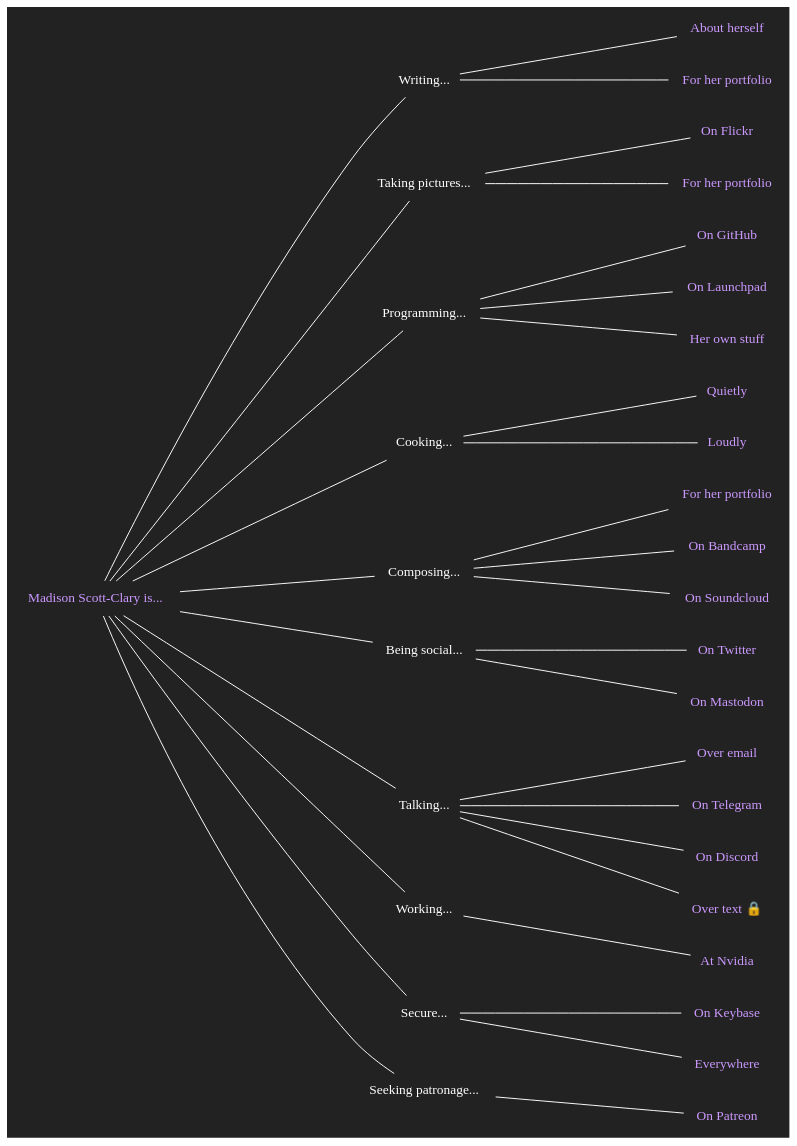
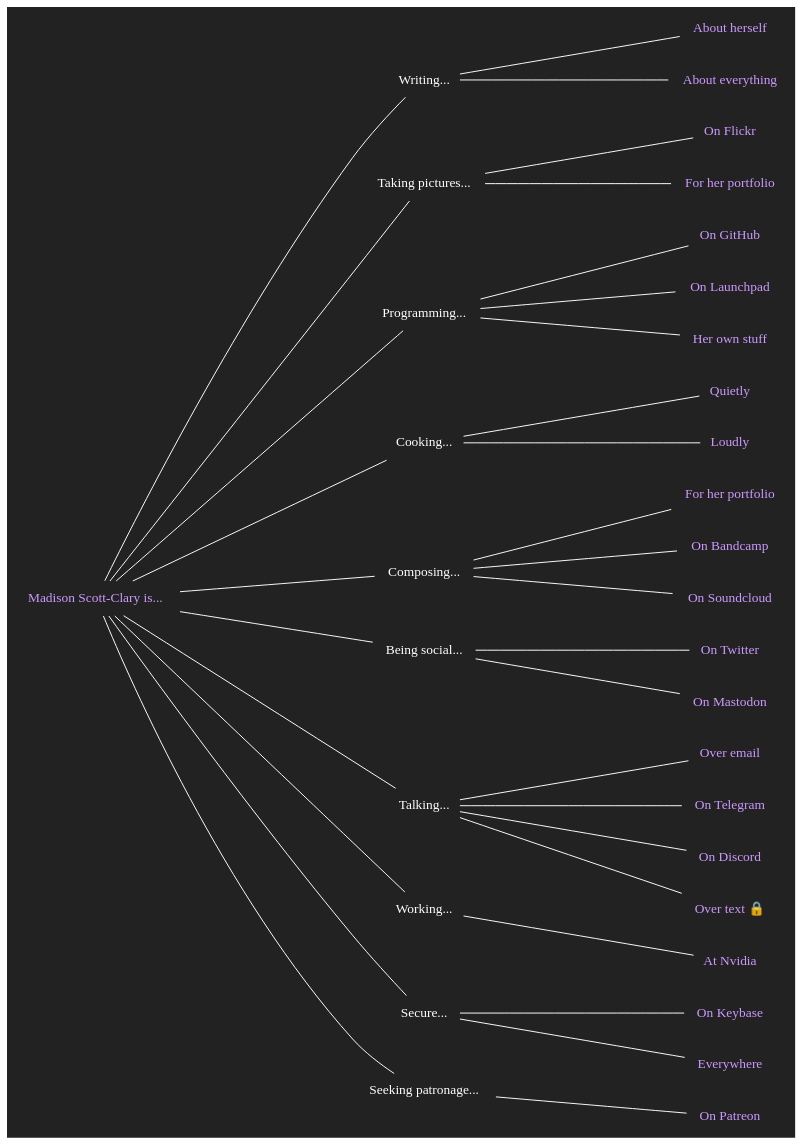
Before and after one commit to makyo/makyo.is: the diagram in is.dot, drawn with Graphviz. The commit also changed 4 other files, not shown here.

```diff
--- a/is.dot
+++ b/is.dot
@@ -1,63 +1,63 @@
 graph is {
     node[shape="none",fontcolor="#ffffff",color="#ffffff",fontname="Helvetica bold"]
     edge[color="#ffffff"]
     graph[bgcolor="#222222",label="",margin="0",rankdir="LR",ranksep=2.5]
 
     copula [label="Madison Scott-Clary is...",fontcolor="#cc99ff",href="https://drab-makyo.com?pk_campaign=source&pk_kwd=makyo.is"]
 
     writing [label="Writing..."]
     /* writing_anything [label="Anything",fontcolor="#cc99ff",href="https://writing.drab-makyo.com?pk_campaign=source&pk_kwd=makyo.is"] */
     writing_ally [label="About herself",fontcolor="#cc99ff",href="https://ally.id?pk_campaign=source&pk_kwd=makyo.is"]
-    writing_portfolio [label="For her portfolio",fontcolor="#cc99ff",href="https://makyo.ink?pk_campaign=source&pk_kwd=makyo.is"]
+    writing_portfolio [label="About everything",fontcolor="#cc99ff",href="https://makyo.ink?pk_campaign=source&pk_kwd=makyo.is"]
     copula -- writing -- { /* writing_anything, */ writing_ally, writing_portfolio }
 
     photography [label="Taking pictures..."]
     photography_flickr [label="On Flickr",fontcolor="#cc99ff",href="https://flickr.com/photos/ranna"]
     photography_portfolio [label="For her portfolio",fontcolor="#cc99ff",href="https://makyo.photography"]
     copula -- photography -- { photography_flickr, photography_portfolio }
 
     programming [label="Programming..."]
     programming_github [label="On GitHub",fontcolor="#cc99ff",href="https://github.com/makyo"]
     programming_launchpad [label="On Launchpad",fontcolor="#cc99ff",href="https://launchpad.net/~makyo"]
     programming_personal [label="Her own stuff",fontcolor="#cc99ff",href="https://makyo.dev"]
     copula -- programming -- { programming_github, programming_launchpad, programming_personal }
 
     cooking [label="Cooking..."]
     cooking_quietly [label="Quietly",fontcolor="#cc99ff",href="https://makyo.cooking?pk_campaign=source&pk_kwd=makyo.is"]
     cooking_loudly [label="Loudly",fontcolor="#cc99ff",href="https://mealtime.with.maddypa.ws?pk_campaign=source&pk_kwd=makyo.is"]
     copula -- cooking -- { cooking_quietly, cooking_loudly }
 
     composing [label="Composing..."]
     composing_portfolio [label="For her portfolio",fontcolor="#cc99ff",href="https://sounds.drab-makyo.com?pk_campaign=source&pk_kwd=makyo.is"]
     composing_bandcamp [label="On Bandcamp",fontcolor="#cc99ff",href="https://drab-makyo.bandcamp.com"]
     composing_soundcloud [label="On Soundcloud",fontcolor="#cc99ff",href="https://soundcloud.com/drabmakyo"]
     copula -- composing -- { composing_portfolio, composing_bandcamp, composing_soundcloud }
 
     social [label="Being social..."]
     social_twitter [label="On Twitter",fontcolor="#cc99ff",href="https://twitter.com/makyo_writes"]
     social_mastodon [label="On Mastodon",fontcolor="#cc99ff",href="https://maddypa.ws/@makyo"]
     copula -- social -- { social_twitter, social_mastodon }
 
     talking [label="Talking..."]
     talking_email [label="Over email",fontcolor="#cc99ff",href="mailto:makyo@drab-makyo.com"]
     talking_telegram [label="On Telegram",fontcolor="#cc99ff",href="https://t.me/DrabMakyo"]
     talking_discord [label="On Discord",fontcolor="#cc99ff",href="/discord",title="Makyo#7093"]
     /*talking_matrix [label="On Matrix",fontcolor="#cc99ff",href="https://matrix.to/#/@makyo:drab-makyo.com"]
     talking_wire [label="On Wire",fontcolor="#cc99ff",href="/wire",title="@makyo"]*/
     talking_phone [label="Over text 🔒 ",fontcolor="#cc99ff",href="tel:3038185943"]
     copula -- talking -- { talking_email, talking_telegram, talking_discord, talking_phone /*, talking_matrix, talking_wire*/ }
 
     working [label="Working..."]
     working_nvidia [label="At Nvidia",fontcolor="#cc99ff",href="https://nvidia.com"]
     /* working_hybrid [label="At Hybrid Ink, LLC",fontcolor="#cc99ff",href="https://hybrid.ink?pk_campaign=source&pk_kwd=makyo.is"] */
     copula -- working -- { /*working_hybrid, */ working_nvidia }
 
     secure [label="Secure..."]
     secure_keybase [label="On Keybase",fontcolor="#cc99ff",href="https://keybase.io/makyo"]
     secure_everywhere [label="Everywhere",fontcolor="#cc99ff",href="https://drab-makyo.com/pgp"]
     copula -- secure -- { secure_everywhere, secure_keybase }
 
     patron [label="Seeking patronage..."]
     patron_patreon [label="On Patreon",fontcolor="#cc99ff",href="https://patreon.com/makyo"]
     copula -- patron -- { patron_patreon }
 }
```
